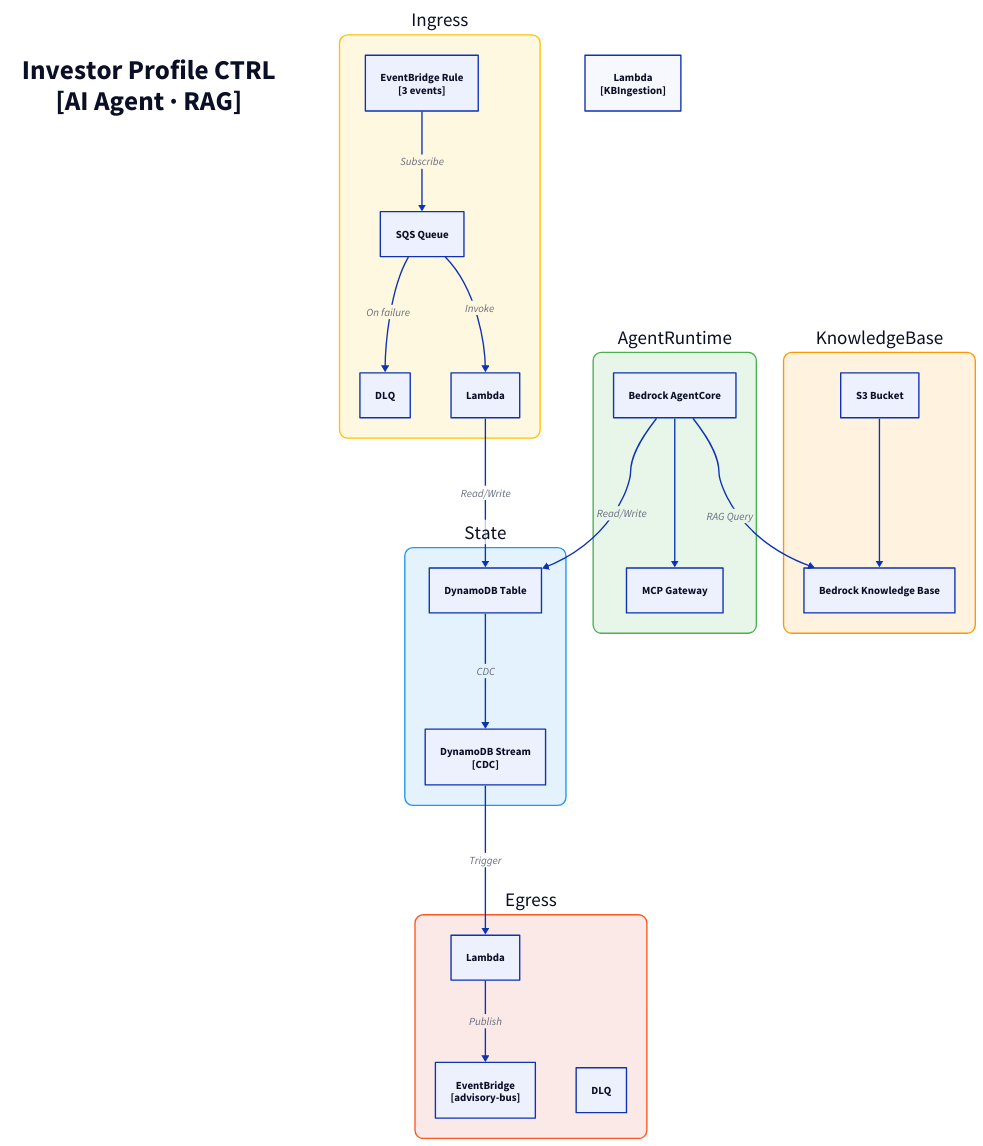
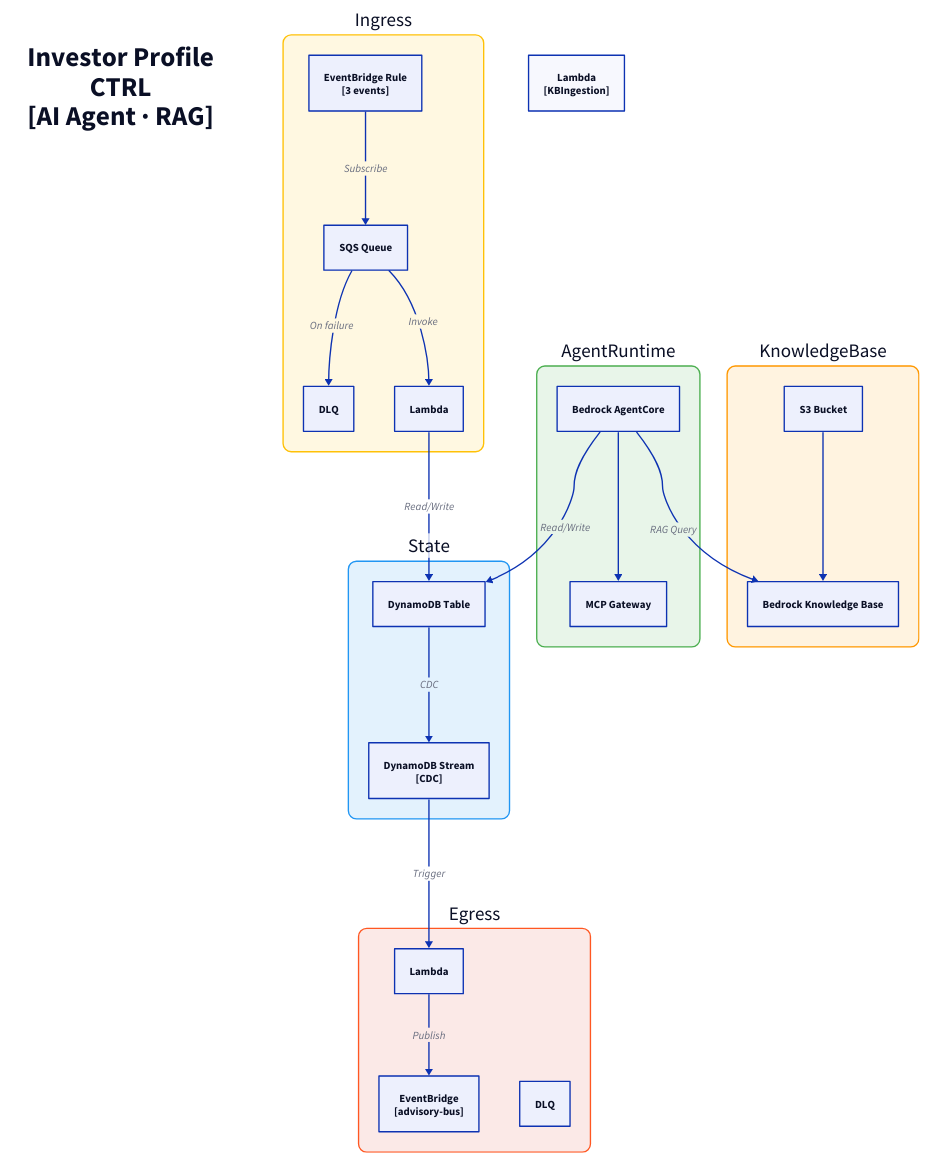
Before and after one commit to fabio-vitali/nestfolio: the diagram in docs/architecture/c3/investor-profile-ctrl.d2, drawn with D2. The commit also changed 66 other files, not shown here.

Commit message:
fix: c4 diagrams fixes

```diff
--- a/docs/architecture/c3/investor-profile-ctrl.d2
+++ b/docs/architecture/c3/investor-profile-ctrl.d2
@@ -1,55 +1,55 @@
 direction: down
 
-title: "Investor Profile CTRL\n[AI Agent · RAG]" {
+title: "Investor Profile\nCTRL\n[AI Agent · RAG]" {
   style: { font-size: 40; bold: true; fill: transparent; stroke: transparent }
 }
 
 ingress: "Ingress" {
   style: { fill: "#FFF8E1"; stroke: "#FFC107"; border-radius: 12; font-size: 28 }
   rule: "EventBridge Rule\n[3 events]" { class: aws-eventbridge }
   sqs: "SQS Queue" { class: aws-sqs }
   dlq: "DLQ" { class: aws-dlq }
   handler: "Lambda" { class: aws-lambda }
 
   rule -> sqs: Subscribe
   sqs -> handler: Invoke
   sqs -> dlq: On failure
 }
 
 state: "State" {
   style: { fill: "#E3F2FD"; stroke: "#2196F3"; border-radius: 12; font-size: 28 }
   table: "DynamoDB Table" { class: aws-dynamodb }
   stream: "DynamoDB Stream\n[CDC]" { class: aws-ddb-stream }
   table -> stream: CDC
 }
 
 egress: "Egress" {
   style: { fill: "#FBE9E7"; stroke: "#FF5722"; border-radius: 12; font-size: 28 }
   processor: "Lambda" { class: aws-lambda }
   bus: "EventBridge\n[advisory-bus]" { class: aws-eventbridge }
   dlq: "DLQ" { class: aws-dlq }
 
   processor -> bus: Publish
 }
 
 agent-runtime: "AgentRuntime" {
   style: { fill: "#E8F5E9"; stroke: "#4CAF50"; border-radius: 12; font-size: 28 }
   runtime: "Bedrock AgentCore" { class: aws-bedrock }
   gateway: "MCP Gateway" { class: aws-lambda }
   runtime -> gateway
 }
 
 knowledge-base: "KnowledgeBase" {
   style: { fill: "#FFF3E0"; stroke: "#FF9800"; border-radius: 12; font-size: 28 }
   kb: "Bedrock Knowledge Base" { class: aws-bedrock }
   s3: "S3 Bucket" { class: aws-s3 }
   s3 -> kb
 }
 
 kbingestion: "Lambda\n[KBIngestion]" { class: aws-lambda }
 
 # Flows
 ingress.handler -> state.table: Read/Write
 state.stream -> egress.processor: Trigger
 agent-runtime.runtime -> knowledge-base.kb: RAG Query
 agent-runtime.runtime -> state.table: Read/Write
```
